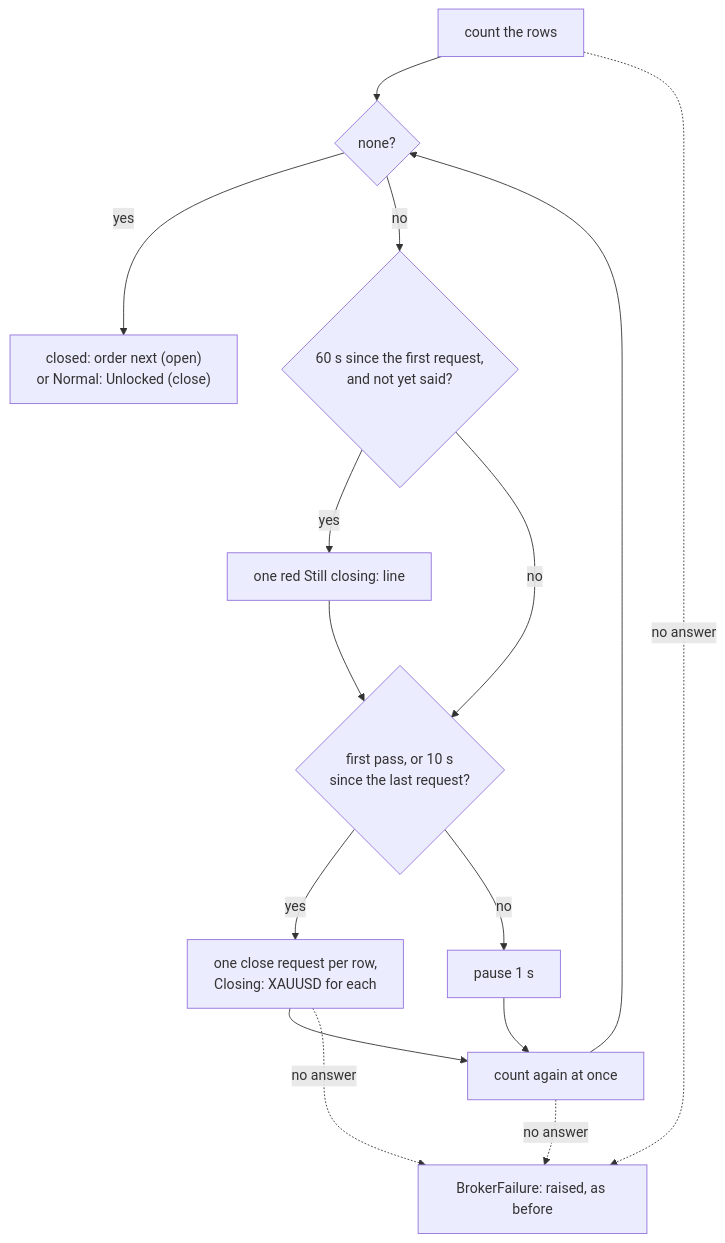
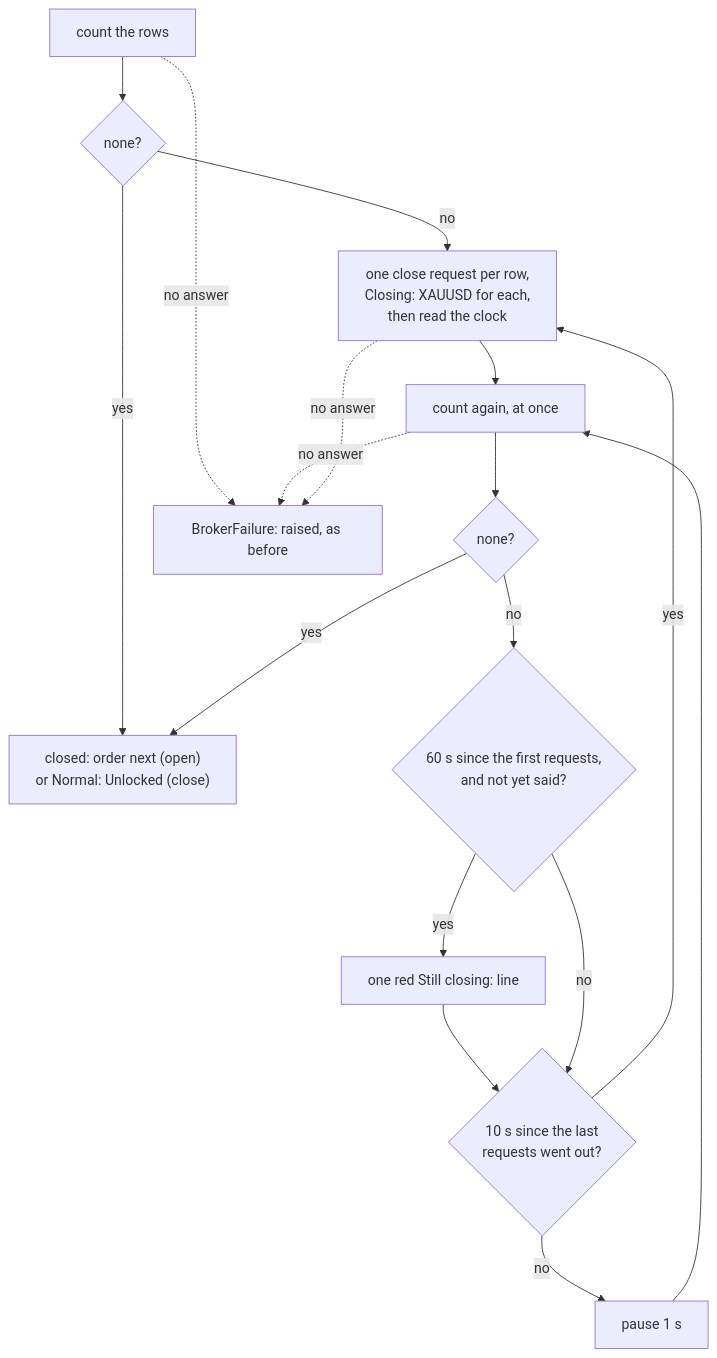
Before and after one commit to Akinzou/TradeLockerBot: the diagram in docs/adr/0022-pace-the-close-loop-on-a-clock.md, drawn with Mermaid. The commit also changed other lines of this file and 8 other files, not shown here.

````diff
--- a/docs/adr/0022-pace-the-close-loop-on-a-clock.md
+++ b/docs/adr/0022-pace-the-close-loop-on-a-clock.md
@@ -46,14 +46,17 @@
 ```mermaid
 flowchart TD
-    C0["count the rows"] --> Z{"none?"}
-    Z -- "yes" --> DONE["closed: order next (open)<br/>or Normal: Unlocked (close)"]
-    Z -- "no" --> W{"60 s since the first request,<br/>and not yet said?"}
+    C0["count the rows"] --> Z0{"none?"}
+    Z0 -- "yes" --> DONE["closed: order next (open)<br/>or Normal: Unlocked (close)"]
+    Z0 -- "no" --> REQ["one close request per row,<br/>Closing: XAUUSD for each,<br/>then read the clock"]
+    REQ --> C1["count again, at once"]
+    C1 --> Z{"none?"}
+    Z -- "yes" --> DONE
+    Z -- "no" --> W{"60 s since the first requests,<br/>and not yet said?"}
     W -- "yes" --> WARN["one red Still closing: line"] --> R
-    W -- "no" --> R{"first pass, or 10 s<br/>since the last request?"}
-    R -- "yes" --> REQ["one close request per row,<br/>Closing: XAUUSD for each"] --> C1["count again at once"]
+    W -- "no" --> R{"10 s since the last<br/>requests went out?"}
+    R -- "yes" --> REQ
     R -- "no" --> P["pause 1 s"] --> C1
-    C1 --> Z
     C0 -. "no answer" .-> FAIL["BrokerFailure: raised, as before"]
     C1 -. "no answer" .-> FAIL
     REQ -. "no answer" .-> FAIL
 ```
````
